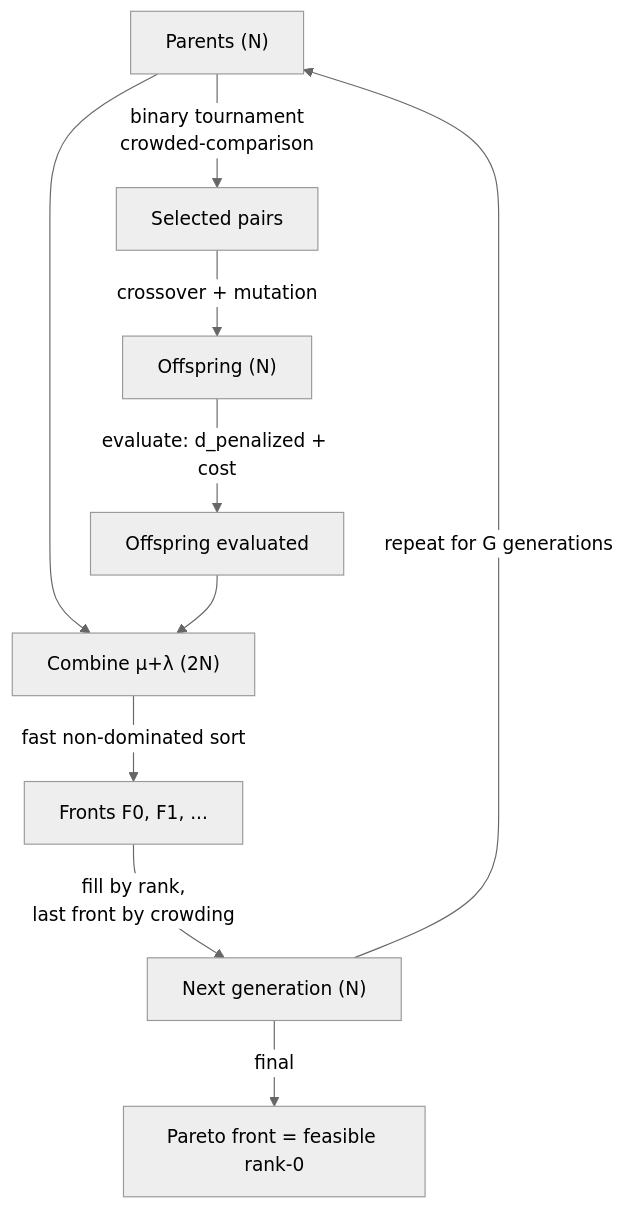
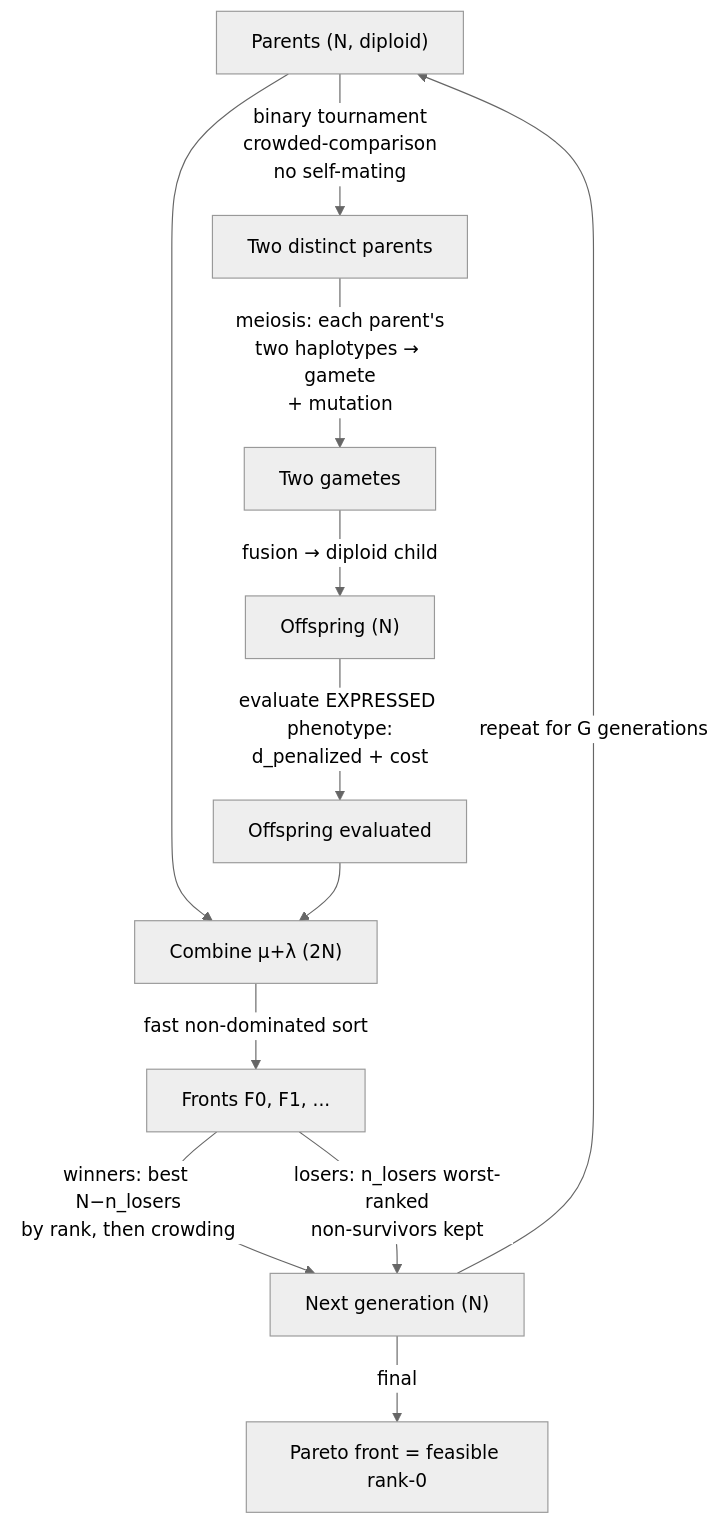
Before and after one commit to ensismoebius/doutorado: the diagram in software/nn/.wiki/Concepts/Multi-Objective-Optimisation.md, drawn with Mermaid (neutral theme). The commit also changed other lines of this file and 11 other files, not shown here.

````diff
--- a/software/nn/.wiki/Concepts/Multi-Objective-Optimisation.md
+++ b/software/nn/.wiki/Concepts/Multi-Objective-Optimisation.md
@@ -80,12 +93,14 @@
 ```mermaid
 flowchart TD
-    P["Parents (N)"] -->|binary tournament<br/>crowded-comparison| S[Selected pairs]
-    S -->|crossover + mutation| O["Offspring (N)"]
-    O -->|evaluate: d_penalized + cost| OE[Offspring evaluated]
+    P["Parents (N, diploid)"] -->|binary tournament<br/>crowded-comparison<br/>no self-mating| S[Two distinct parents]
+    S -->|meiosis: each parent's<br/>two haplotypes → gamete<br/>+ mutation| G[Two gametes]
+    G -->|fusion → diploid child| O["Offspring (N)"]
+    O -->|evaluate EXPRESSED phenotype:<br/>d_penalized + cost| OE[Offspring evaluated]
     P --> C["Combine μ+λ (2N)"]
     OE --> C
     C -->|fast non-dominated sort| FR["Fronts F0, F1, ..."]
-    FR -->|fill by rank,<br/>last front by crowding| NX["Next generation (N)"]
+    FR -->|winners: best N−n_losers<br/>by rank, then crowding| NX["Next generation (N)"]
+    FR -->|losers: n_losers worst-ranked<br/>non-survivors kept| NX
     NX -->|repeat for G generations| P
     NX -->|final| PF["Pareto front = feasible rank-0"]
 ```
````
